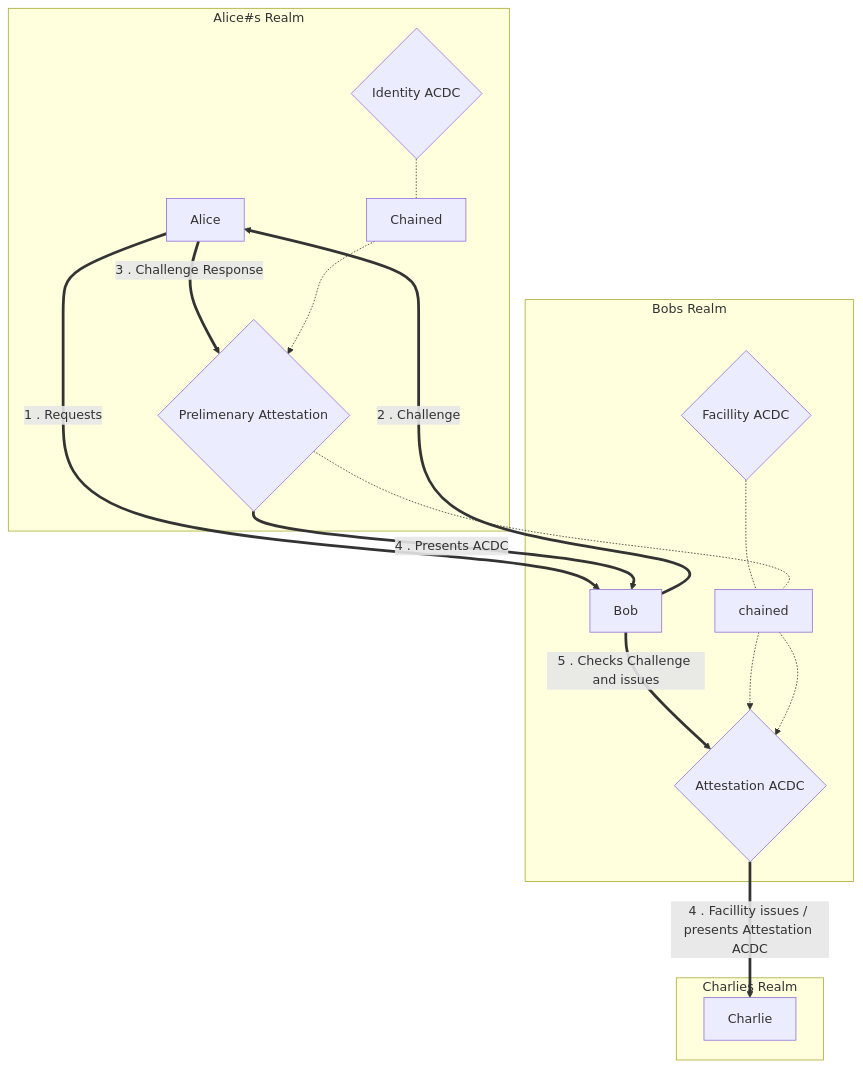
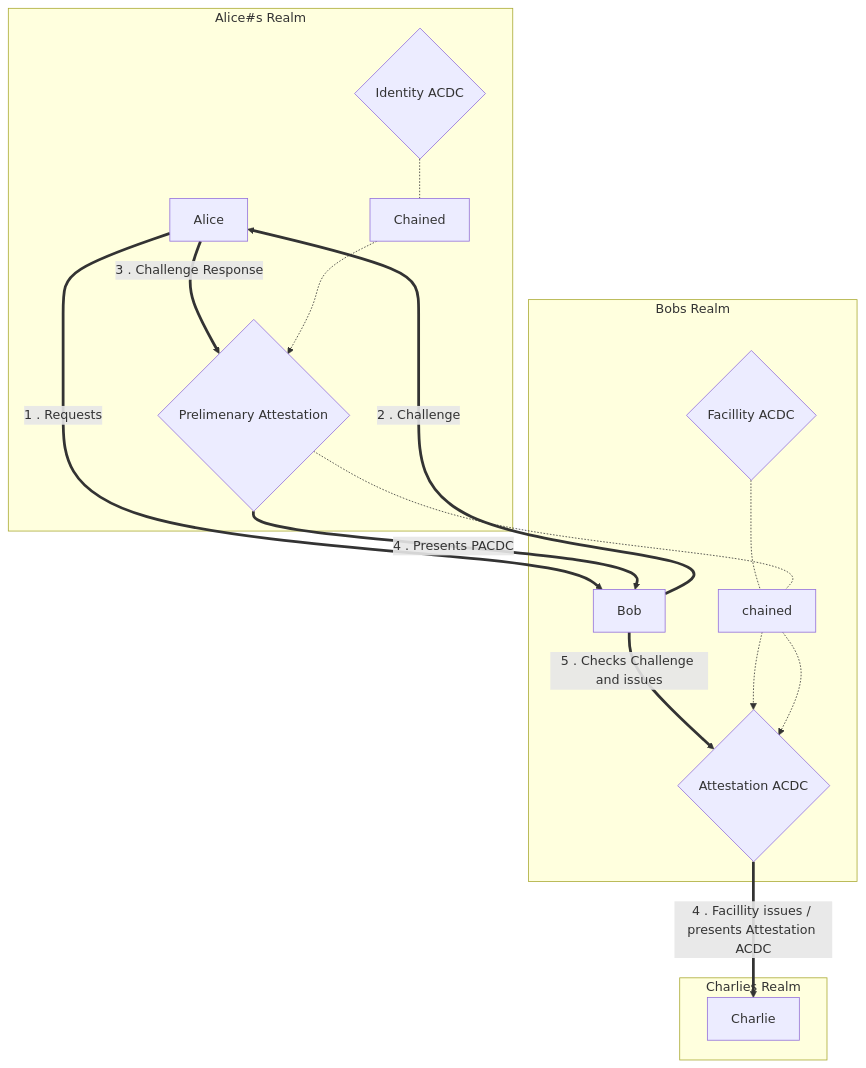
One commit to pSchlarb/keriTest changed the first of 2 diagrams in README.md. Above: the diagram before and after it, drawn with Mermaid. The commit also changed 18 other files, not shown here.

````diff
--- a/README.md
+++ b/README.md
@@ -16,24 +16,24 @@
 ```mermaid
 flowchart 
 A[Alice]== 1 . Requests ==> B["Bob"]
 B == 2 . Challenge ==> A
 
 
 subgraph Alice#s Realm
 
 A == "3 . Challenge Response" ==> PA{Prelimenary Attestation}
 Identity{Identity ACDC}-.- Chained -.-> PA
 end
 
 subgraph Bobs Realm
 
-PA == 4 . Presents ACDC ==> B
+PA == 4 . Presents PACDC ==> B
 B == "5 . Checks Challenge and issues " ==> AACDC{Attestation ACDC}
 FA{Facillity ACDC} -.- chained-.-> AACDC
 PA -.- chained -.-> AACDC
 end
 
 subgraph Charlies Realm
 AACDC == 4 . Facillity issues / presents Attestation ACDC ==> C[Charlie]
 end
 ```
````
